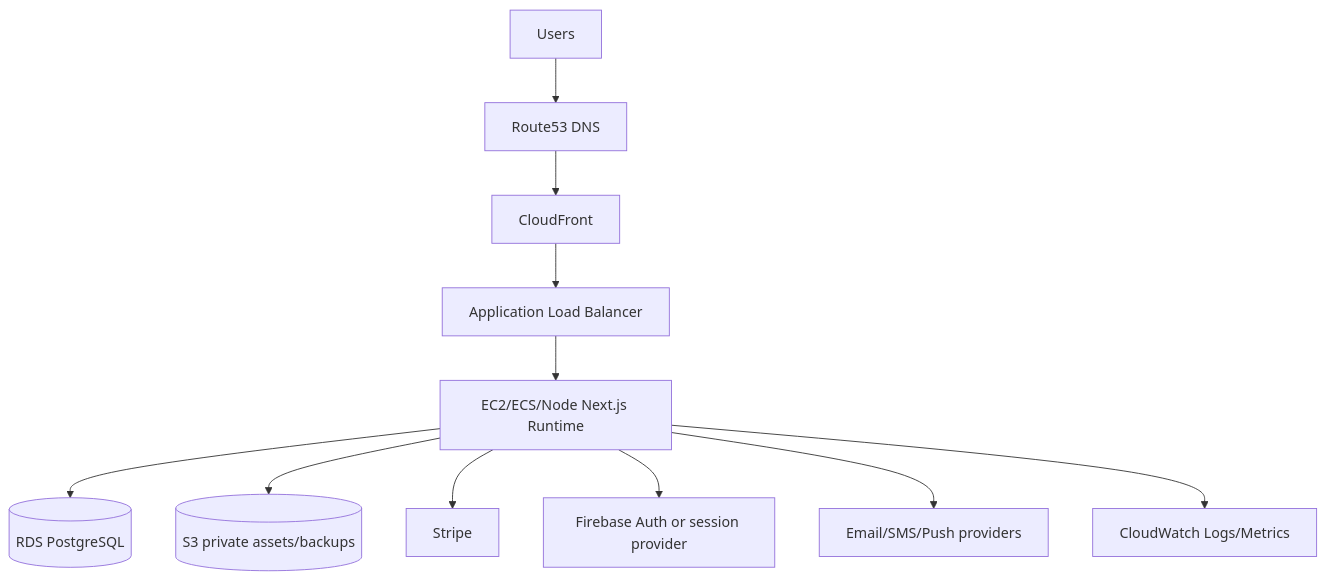
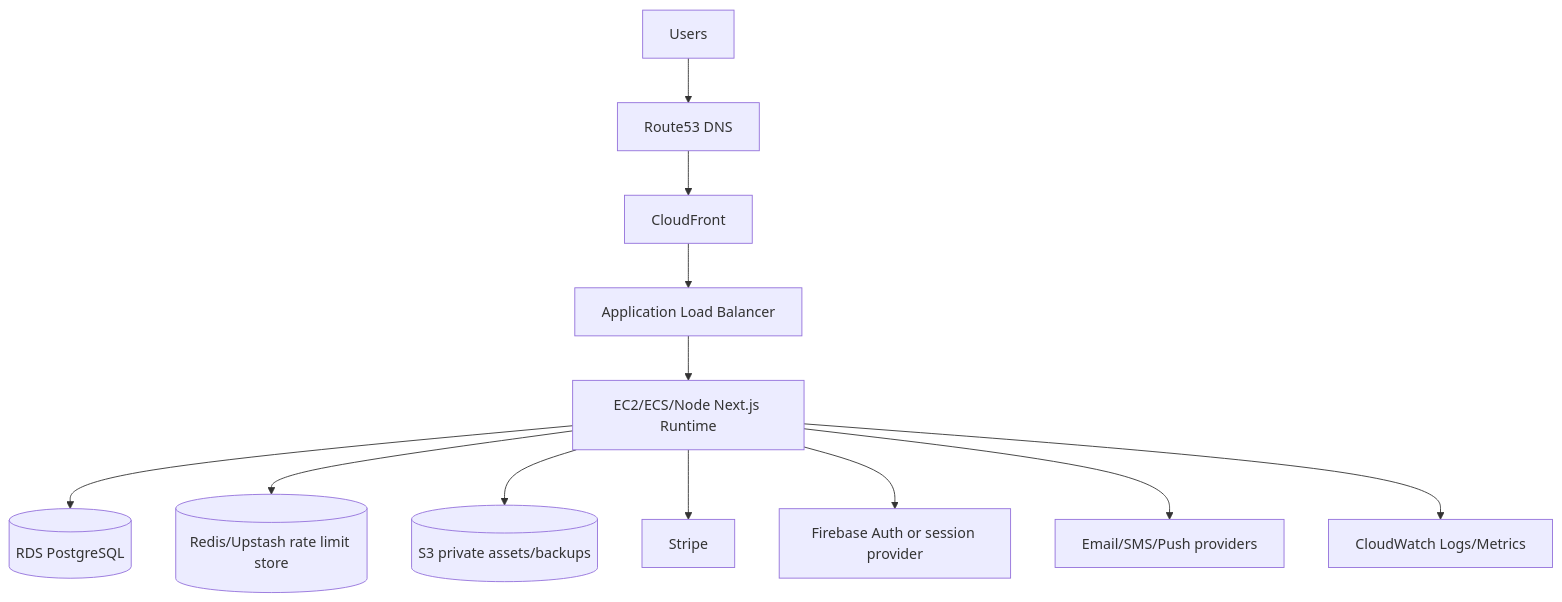
Before and after one commit to abou-cell/sihati-book-ma: the seventh of 7 diagrams in docs/technical-architecture.md, drawn with Mermaid. The commit also changed other lines of this file and 16 other files, not shown here.

````diff
--- a/docs/technical-architecture.md
+++ b/docs/technical-architecture.md
@@ -355,13 +379,14 @@
 ```mermaid
 flowchart TD
   User[Users] --> DNS[Route53 DNS]
   DNS --> CDN[CloudFront]
   CDN --> ALB[Application Load Balancer]
   ALB --> App[EC2/ECS/Node Next.js Runtime]
   App --> RDS[(RDS PostgreSQL)]
+  App --> Redis[(Redis/Upstash rate limit store)]
   App --> S3[(S3 private assets/backups)]
   App --> Stripe[Stripe]
   App --> AuthProvider[Firebase Auth or session provider]
   App --> Email[Email/SMS/Push providers]
   App --> Logs[CloudWatch Logs/Metrics]
 ```
````
